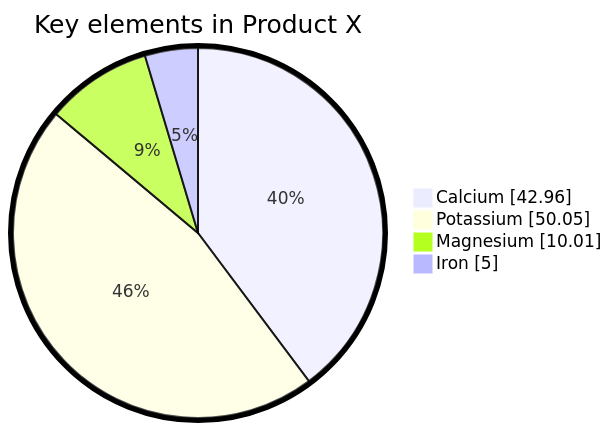
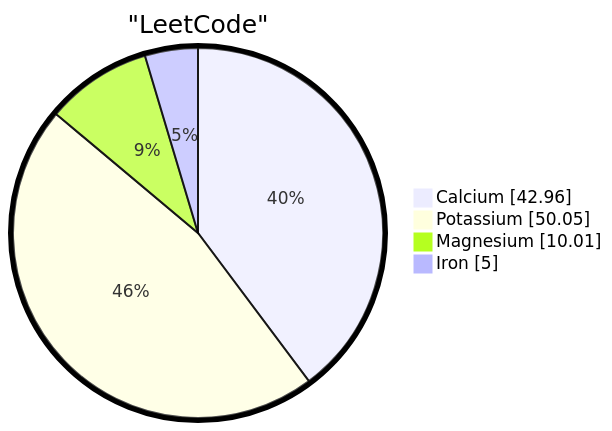
The first of 2 diagrams in README.md (raimanshu/raimanshu), drawn with Mermaid before and after one commit. The commit also changed other lines of this file, not shown here.

````diff
--- a/README.md
+++ b/README.md
@@ -30,10 +212,10 @@
-```mermaid 
+ ```mermaid 
 %%{init: {"pie": {"textPosition": 0.5}, "themeVariables": {"pieOuterStrokeWidth": "5px"}} }%%
 pie showData
-    title Key elements in Product X
+    title "LeetCode"
     "Calcium" : 42.96
     "Potassium" : 50.05
     "Magnesium" : 10.01
     "Iron" :  5
 
  ```
````
